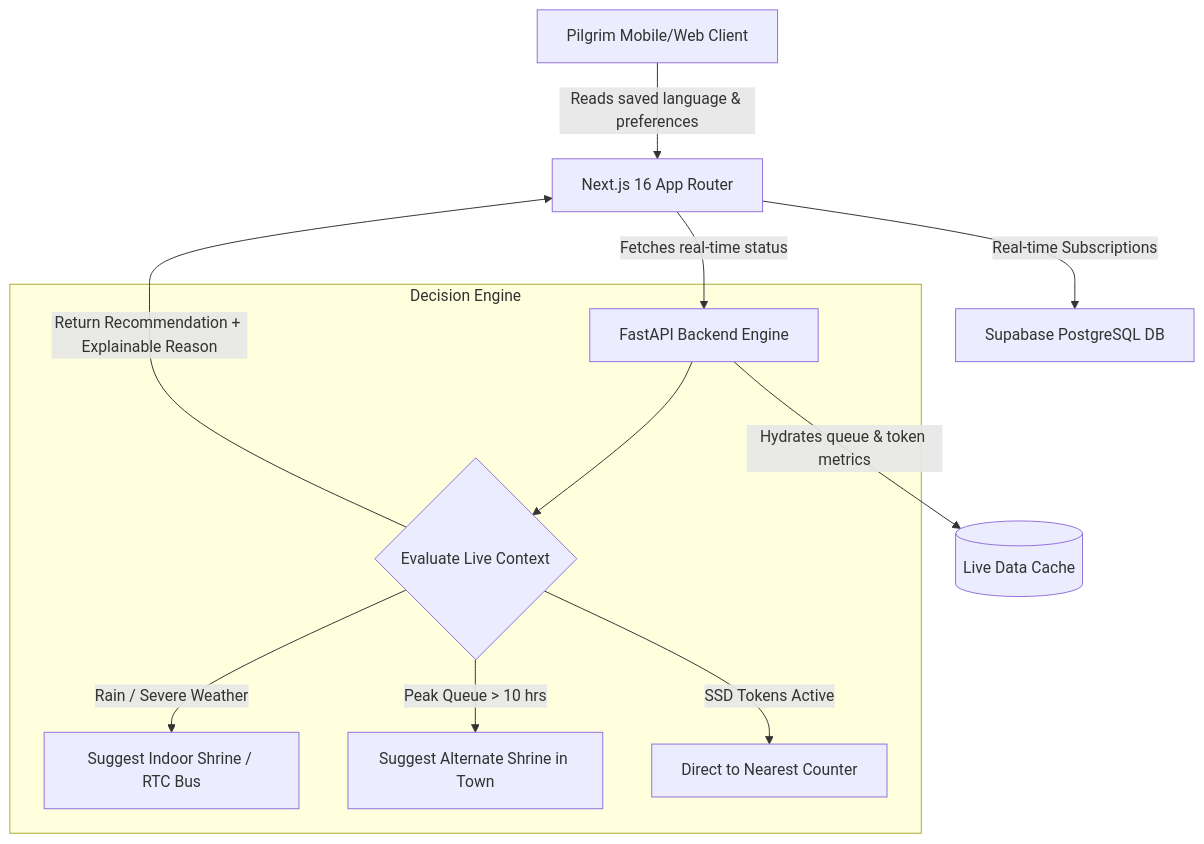
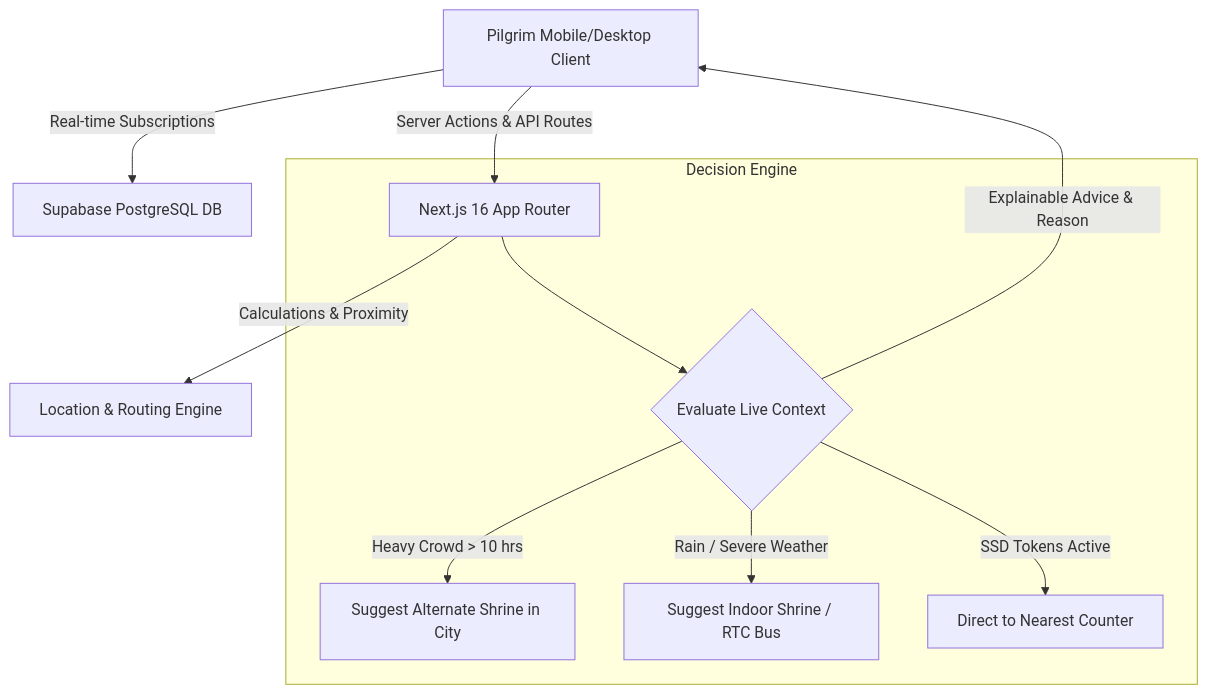
The diagram in README.md (saarthitirupati/saarthi), drawn with Mermaid before and after one commit. The commit also changed other lines of this file and 23 other files, not shown here.

Commit message:
feat: production readiness, responsive explore layout, dynamic location, supabase real-time alerts & README update

````diff
--- a/README.md
+++ b/README.md
@@ -58,16 +36,15 @@
 ```mermaid
 graph TD
-    A[Pilgrim Mobile/Web Client] -->|Reads saved language & preferences| B[Next.js 16 App Router]
-    B -->|Fetches real-time status| C[FastAPI Backend Engine]
-    B -->|Real-time Subscriptions| D[Supabase PostgreSQL DB]
-    C -->|Hydrates queue & token metrics| E[(Live Data Cache)]
+    A[Pilgrim Mobile/Desktop Client] -->|Real-time Subscriptions| B[Supabase PostgreSQL DB]
+    A -->|Server Actions & API Routes| C[Next.js 16 App Router]
+    C -->|Calculations & Proximity| D[Location & Routing Engine]
     
     subgraph Decision Engine
-        C --> F{Evaluate Live Context}
-        F -->|Rain / Severe Weather| G[Suggest Indoor Shrine / RTC Bus]
-        F -->|Peak Queue > 10 hrs| H[Suggest Alternate Shrine in Town]
-        F -->|SSD Tokens Active| I[Direct to Nearest Counter]
+        C --> E{Evaluate Live Context}
+        E -->|Heavy Crowd > 10 hrs| F[Suggest Alternate Shrine in City]
+        E -->|Rain / Severe Weather| G[Suggest Indoor Shrine / RTC Bus]
+        E -->|SSD Tokens Active| H[Direct to Nearest Counter]
     end
     
-    F -->|Return Recommendation + Explainable Reason| B
+    E -->|Explainable Advice & Reason| A
 ```
````
